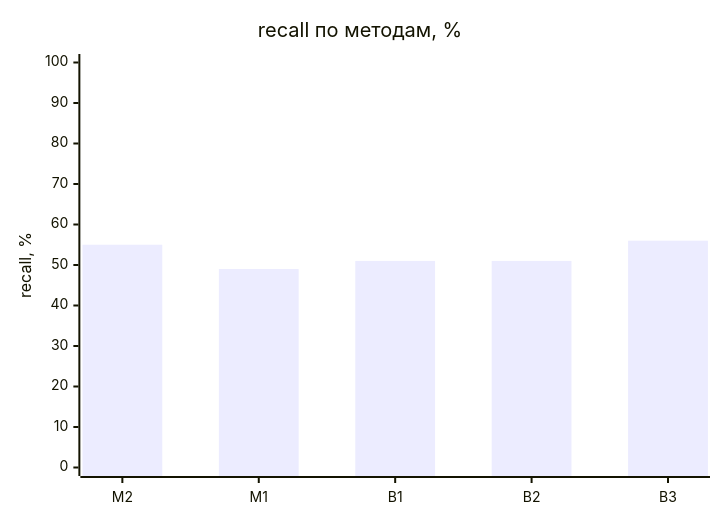
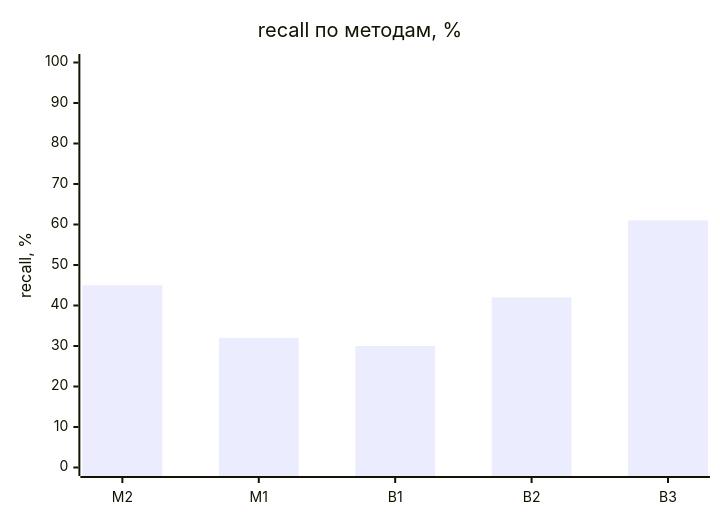
One commit to Axx-Axvd/reqgraph changed the first of 2 diagrams in evals/reports/results-2026-11-05-cheap-dev-v1-cheap.md. Above: the diagram before and after it, drawn with Mermaid. The commit also changed other lines of this file and 6 other files, not shown here.

````diff
--- a/evals/reports/results-2026-11-05-cheap-dev-v1-cheap.md
+++ b/evals/reports/results-2026-11-05-cheap-dev-v1-cheap.md
@@ -35,7 +50,7 @@
 ```mermaid
 xychart-beta
     title "recall по методам, %"
     x-axis ["M2", "M1", "B1", "B2", "B3"]
     y-axis "recall, %" 0 --> 100
-    bar [55, 49, 51, 51, 56]
+    bar [45, 32, 30, 42, 61]
 ```
````
